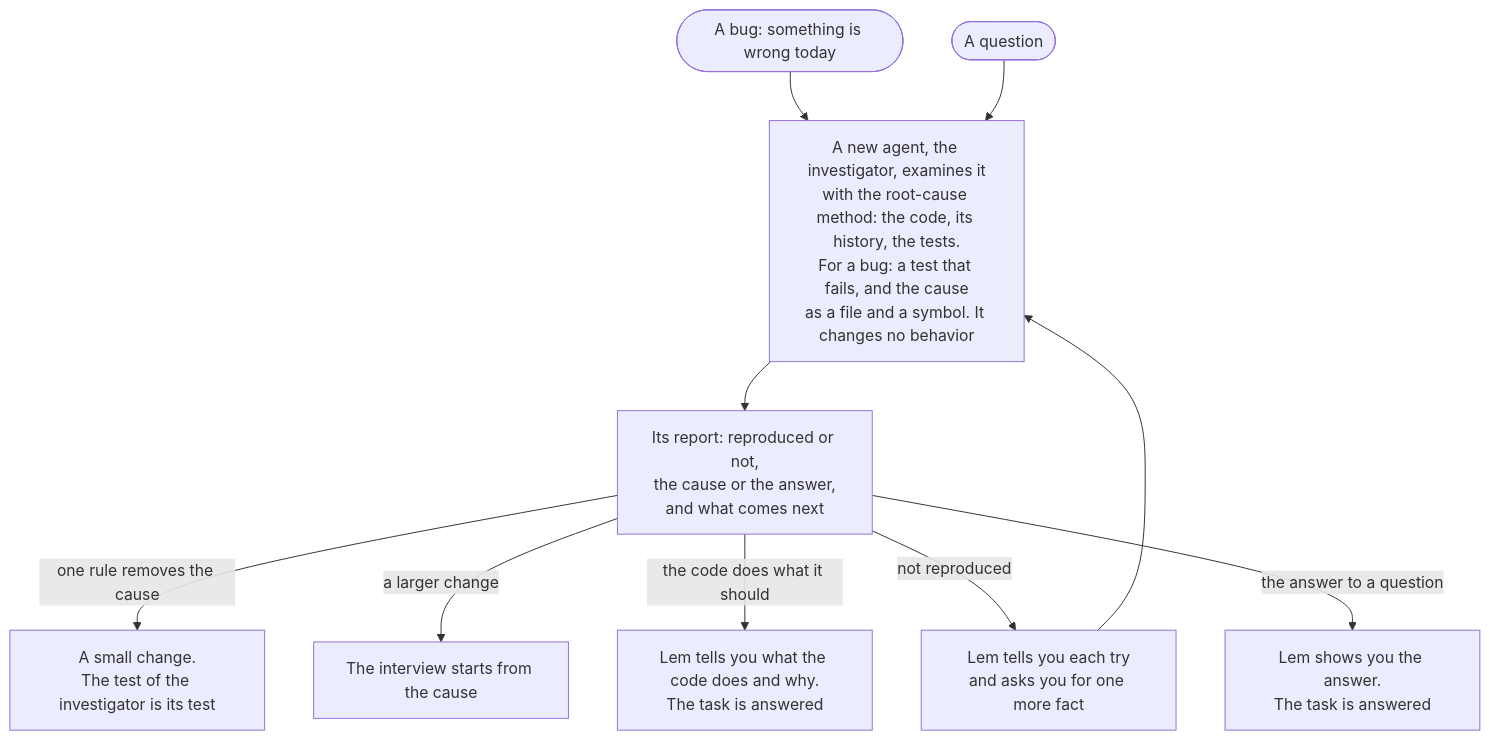
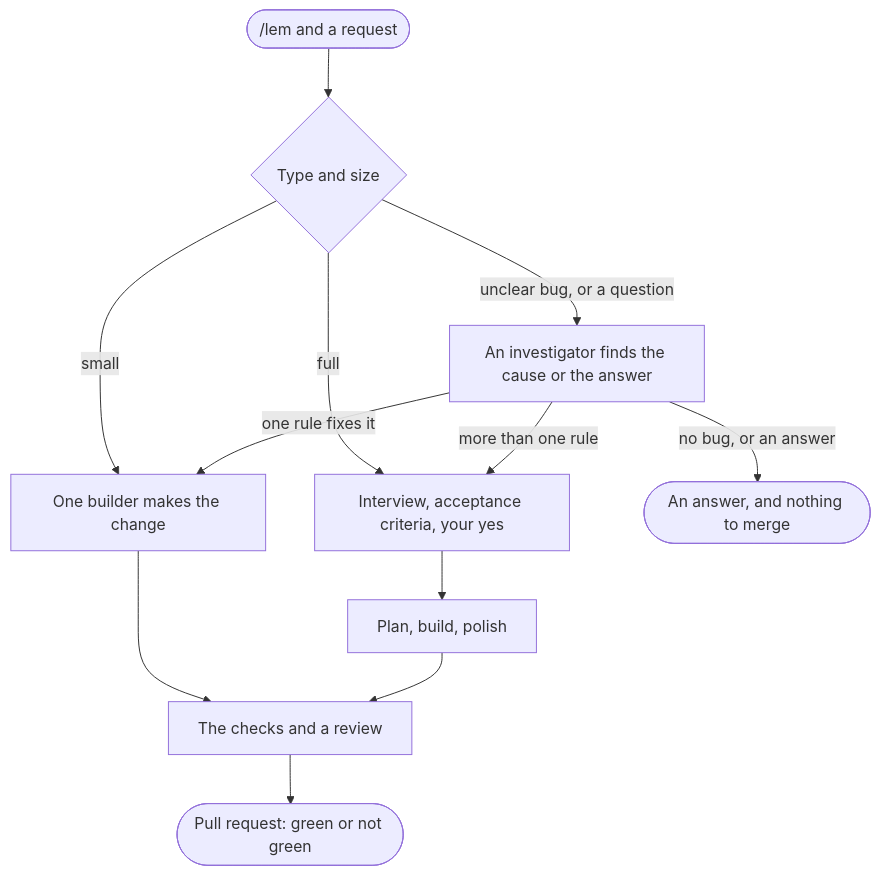
Before and after one commit to pySilver/lem: the diagram in docs/flow.md, drawn with Mermaid. The commit also changed other lines of this file and 8 other files, not shown here.

````diff
--- a/docs/flow.md
+++ b/docs/flow.md
@@ -366,12 +5,14 @@
 ```mermaid
 flowchart TD
-    bug([A bug: something is wrong today]) --> inv[A new agent, the investigator, examines it<br/>with the root-cause method: the code, its history, the tests.<br/>For a bug: a test that fails, and the cause<br/>as a file and a symbol. It changes no behavior]
-    question([A question]) --> inv
-    inv --> report[Its report: reproduced or not,<br/>the cause or the answer,<br/>and what comes next]
-    report -- one rule removes the cause --> smallfix[A small change.<br/>The test of the investigator is its test]
-    report -- a larger change --> interview[The interview starts from the cause]
-    report -- the code does what it should --> nb[Lem tells you what the code does and why.<br/>The task is answered]
-    report -- not reproduced --> fact[Lem tells you each try<br/>and asks you for one more fact]
-    report -- the answer to a question --> ans[Lem shows you the answer.<br/>The task is answered]
-    fact --> inv
+    req([/lem and a request]) --> size{Type and size}
+    size -- small --> one[One builder makes the change]
+    size -- full --> crit[Interview, acceptance criteria, your yes]
+    size -- unclear bug, or a question --> inv[An investigator finds the cause or the answer]
+    inv -- one rule fixes it --> one
+    inv -- more than one rule --> crit
+    inv -- no bug, or an answer --> stop([An answer, and nothing to merge])
+    crit --> plan[Plan, build, polish]
+    one --> checks[The checks and a review]
+    plan --> checks
+    checks --> pr([Pull request: green or not green])
 ```
````
